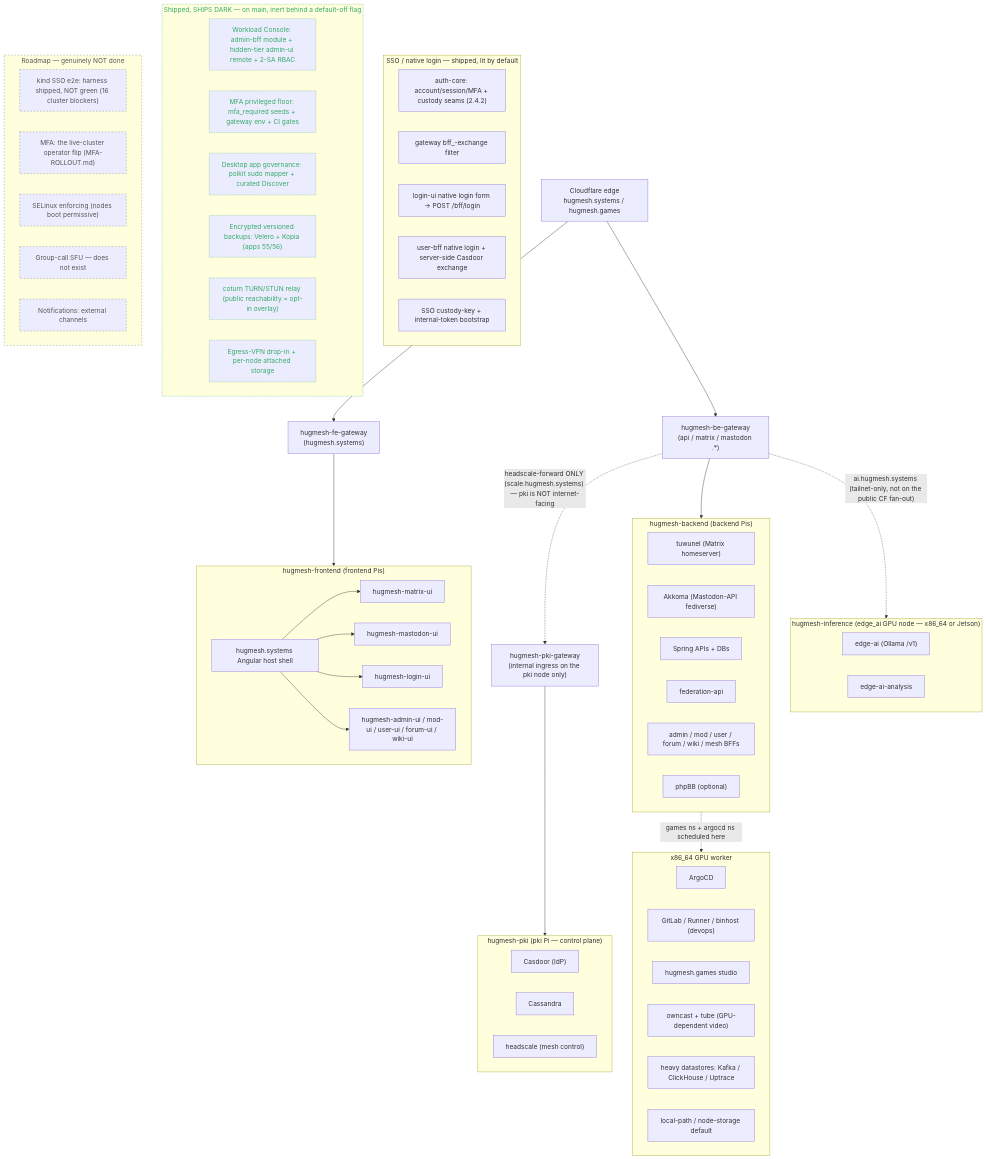
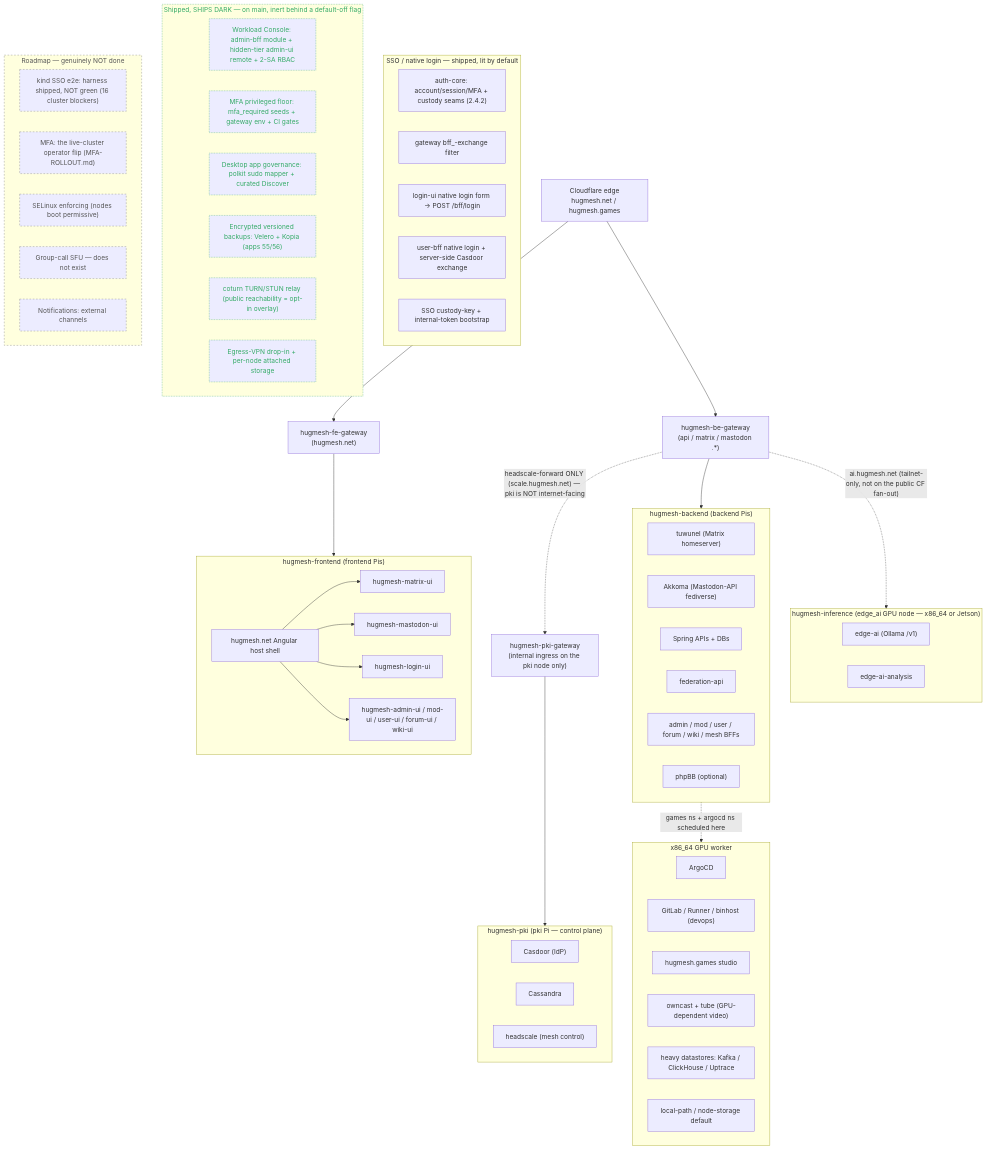
Before and after one commit to hugmesh/hugmesh-generator: the first of 2 diagrams in docs/ARCHITECTURE.md, drawn with Mermaid. The commit also changed other lines of this file and 191 other files, not shown here.

First line of the commit message:
chore: land in-flight tree work alongside the hugmesh.net rename

````diff
--- a/docs/ARCHITECTURE.md
+++ b/docs/ARCHITECTURE.md
@@ -25,80 +25,80 @@
 ```mermaid
 flowchart TD
-    CF["Cloudflare edge<br/>hugmesh.systems / hugmesh.games"]
-    CF --> FEGW["hugmesh-fe-gateway<br/>(hugmesh.systems)"]
+    CF["Cloudflare edge<br/>hugmesh.net / hugmesh.games"]
+    CF --> FEGW["hugmesh-fe-gateway<br/>(hugmesh.net)"]
     CF --> BEGW["hugmesh-be-gateway<br/>(api / matrix / mastodon .*)"]
 
     subgraph FE["hugmesh-frontend (frontend Pis)"]
-        HOST["hugmesh.systems Angular host shell"]
+        HOST["hugmesh.net Angular host shell"]
         HOST --> MUI["hugmesh-matrix-ui"]
         HOST --> MASTUI["hugmesh-mastodon-ui"]
         HOST --> LOGINUI["hugmesh-login-ui"]
         HOST --> ADMINUI["hugmesh-admin-ui / mod-ui / user-ui / forum-ui / wiki-ui"]
     end
 
     subgraph BE["hugmesh-backend (backend Pis)"]
         TUW["tuwunel (Matrix homeserver)"]
         AKK["Akkoma (Mastodon-API fediverse)"]
         APIS["Spring APIs + DBs"]
         FEDAPI["federation-api"]
         BFFS["admin / mod / user / forum / wiki / mesh BFFs"]
         PHPBB["phpBB (optional)"]
     end
 
     subgraph PKI["hugmesh-pki (pki Pi — control plane)"]
         CAS["Casdoor (IdP)"]
         CASS["Cassandra"]
         HS["headscale (mesh control)"]
     end
 
     subgraph INFER["hugmesh-inference (edge_ai GPU node — x86_64 or Jetson)"]
         EDGEAI["edge-ai (Ollama /v1)"]
         EDGEAIAN["edge-ai-analysis"]
     end
 
     subgraph X86["x86_64 GPU worker"]
         ARGO["ArgoCD"]
         DEVOPS["GitLab / Runner / binhost (devops)"]
         GAMES["hugmesh.games studio"]
         VIDEO["owncast + tube (GPU-dependent video)"]
         HEAVY["heavy datastores: Kafka / ClickHouse / Uptrace"]
         STORE["local-path / node-storage default"]
     end
 
     FEGW --> FE
     BEGW --> BE
     BE -. "games ns + argocd ns scheduled here" .-> X86
-    BEGW -. "ai.hugmesh.systems (tailnet-only, not on the public CF fan-out)" .-> INFER
-    BEGW -. "headscale-forward ONLY (scale.hugmesh.systems) — pki is NOT internet-facing" .-> PKIGW["hugmesh-pki-gateway<br/>(internal ingress on the pki node only)"]
+    BEGW -. "ai.hugmesh.net (tailnet-only, not on the public CF fan-out)" .-> INFER
+    BEGW -. "headscale-forward ONLY (scale.hugmesh.net) — pki is NOT internet-facing" .-> PKIGW["hugmesh-pki-gateway<br/>(internal ingress on the pki node only)"]
     PKIGW --> PKI
 
     subgraph SSO["SSO / native login — shipped, lit by default"]
         AUTHCORE["auth-core: account/session/MFA + custody seams (2.4.2)"]
         GWEXCH["gateway bff_-exchange filter"]
         LOGINOIDC["login-ui native login form -> POST /bff/login"]
         UBRELOC["user-bff native login + server-side Casdoor exchange"]
         CUSTKEY["SSO custody-key + internal-token bootstrap"]
     end
 
     subgraph DARK["Shipped, SHIPS DARK — on main, inert behind a default-off flag"]
         WC["Workload Console: admin-bff module + hidden-tier admin-ui remote + 2-SA RBAC"]
         MFAFLOOR["MFA privileged floor: mfa_required seeds + gateway env + CI gates"]
         DESKGOV["Desktop app governance: polkit sudo mapper + curated Discover"]
         BACKUPS["Encrypted versioned backups: Velero + Kopia (apps 55/56)"]
         TURN["coturn TURN/STUN relay (public reachability = opt-in overlay)"]
         EGRESS["Egress-VPN drop-in + per-node attached storage"]
     end
 
     subgraph ROADMAP["Roadmap — genuinely NOT done"]
         KINDE2E["kind SSO e2e: harness shipped, NOT green (16 cluster blockers)"]
         MFAFLIP["MFA: the live-cluster operator flip (MFA-ROLLOUT.md)"]
         ENFORCE["SELinux enforcing (nodes boot permissive)"]
         SFU["Group-call SFU — does not exist"]
         NOTIFY["Notifications: external channels"]
     end
 
     classDef dark stroke-dasharray:2,stroke:#4a7,color:#3a6;
     classDef planned stroke-dasharray:4,stroke:#888,color:#555;
     class DARK,WC,MFAFLOOR,DESKGOV,BACKUPS,TURN,EGRESS dark;
     class ROADMAP,KINDE2E,MFAFLIP,ENFORCE,SFU,NOTIFY planned;
 ```
````
